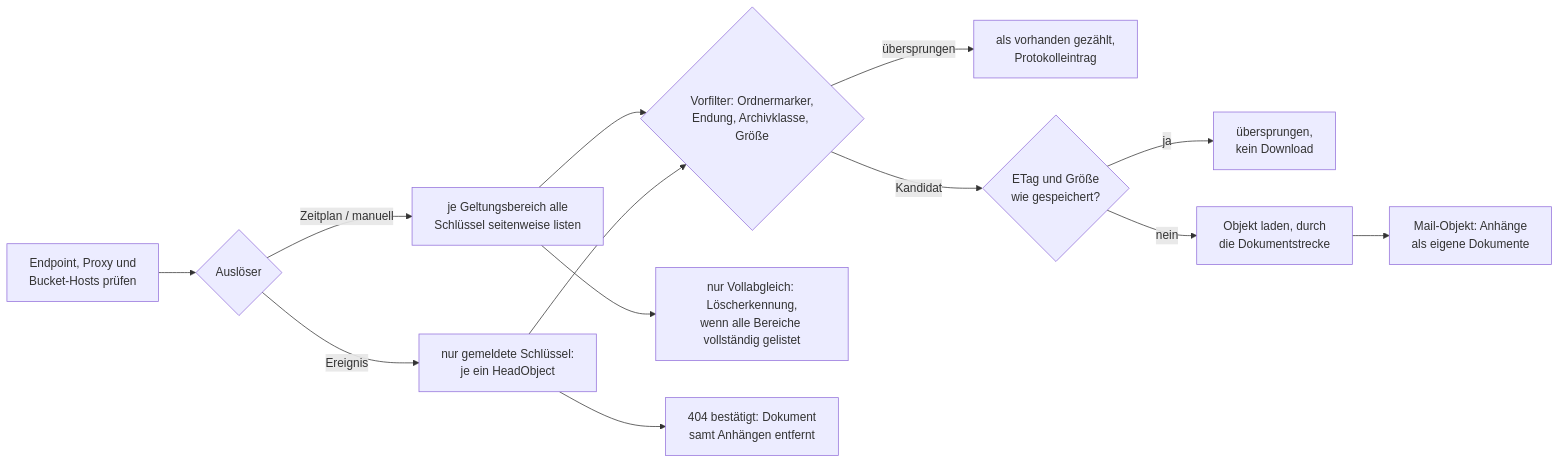
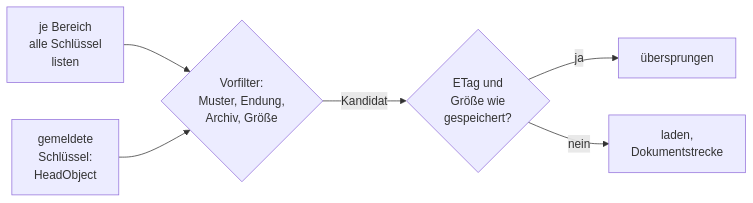
The second of 2 diagrams in docs/handbuch/konnektoren/s3.md (criew/opaa), drawn with Mermaid before and after one commit. The commit also changed other lines of this file and 16 other files, not shown here.

First line of the commit message:
docs(handbuch): Konnektor-Kapitel vereinheitlichen, gegen den Code prüfen und straffen (#2533)

````diff
--- a/docs/handbuch/konnektoren/s3.md
+++ b/docs/handbuch/konnektoren/s3.md
@@ -54,15 +125,8 @@
 ```mermaid
 flowchart LR
-    A[Endpoint, Proxy und<br/>Bucket-Hosts prüfen] --> B{Auslöser}
-    B -- Zeitplan / manuell --> L[je Geltungsbereich alle<br/>Schlüssel seitenweise listen]
-    B -- Ereignis --> E[nur gemeldete Schlüssel:<br/>je ein HeadObject]
-    L --> F{Vorfilter: Ordnermarker,<br/>Endung, Archivklasse, Größe}
-    E --> F
-    F -- übersprungen --> SK[als vorhanden gezählt,<br/>Protokolleintrag]
-    F -- Kandidat --> M{ETag und Größe<br/>wie gespeichert?}
-    M -- ja --> SK2[übersprungen,<br/>kein Download]
-    M -- nein --> P[Objekt laden, durch<br/>die Dokumentstrecke]
-    P --> AT[Mail-Objekt: Anhänge<br/>als eigene Dokumente]
-    L --> R[nur Vollabgleich: Löscherkennung,<br/>wenn alle Bereiche vollständig gelistet]
-    E --> G[404 bestätigt: Dokument<br/>samt Anhängen entfernt]
+    L[je Bereich<br/>alle Schlüssel<br/>listen] --> F{Vorfilter:<br/>Muster, Endung,<br/>Archiv, Größe}
+    E[gemeldete<br/>Schlüssel:<br/>HeadObject] --> F
+    F -- Kandidat --> M{ETag und<br/>Größe wie<br/>gespeichert?}
+    M -- ja --> S[übersprungen]
+    M -- nein --> P[laden,<br/>Dokumentstrecke]
 ```
````
